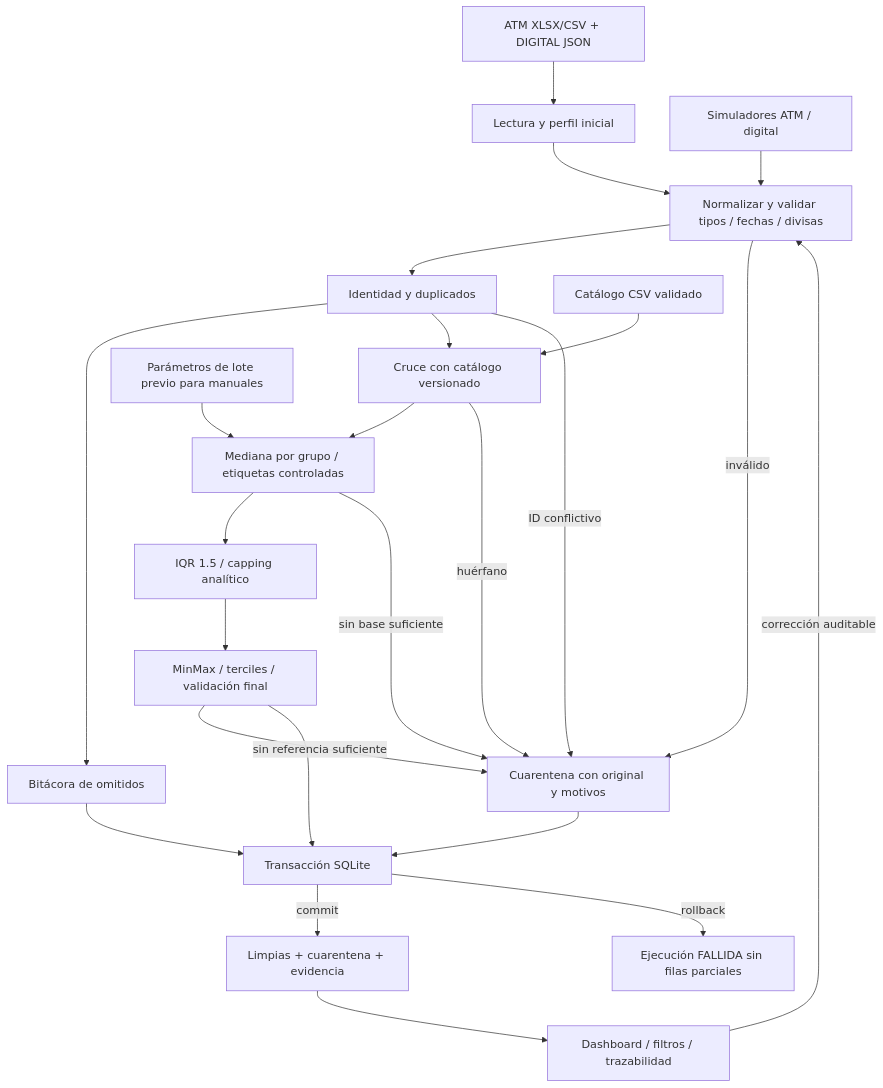
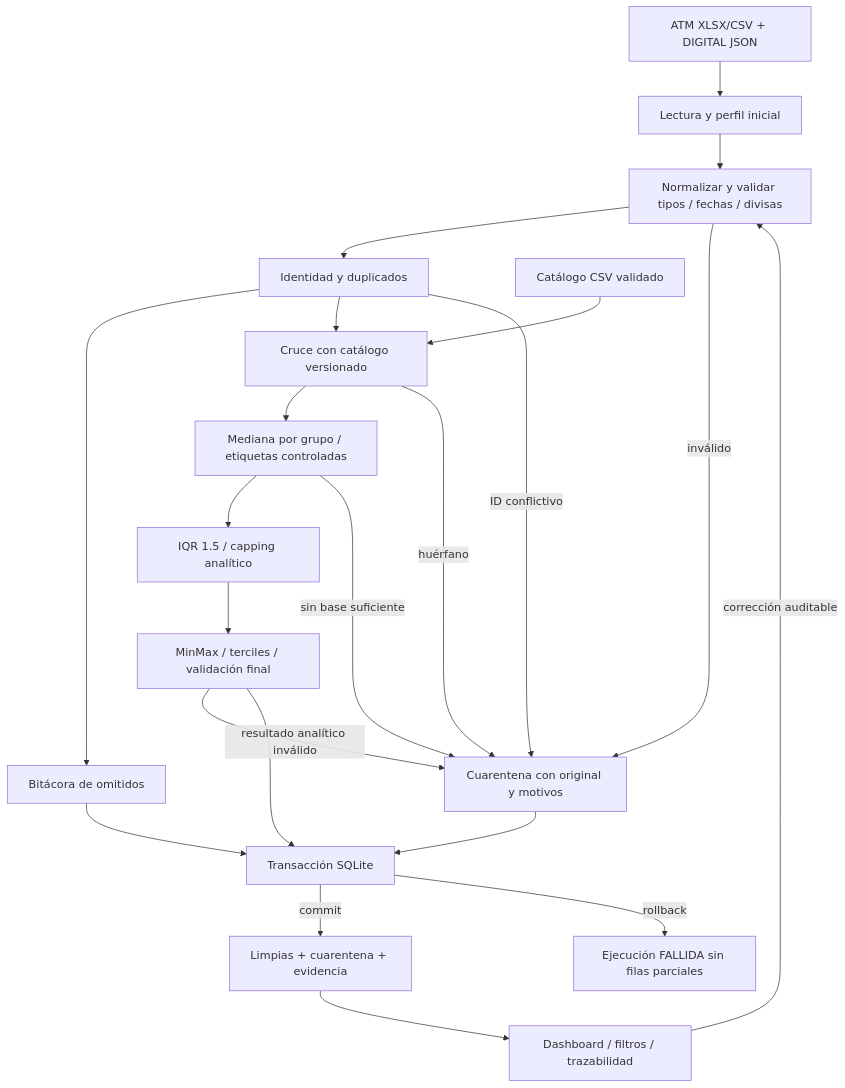
Before and after one commit to Av1l1X/Pipeline_Banco: the diagram in docs/DIAGRAMA.md, drawn with Mermaid. The commit also changed 47 other files, not shown here.

````diff
--- a/docs/DIAGRAMA.md
+++ b/docs/DIAGRAMA.md
@@ -3,26 +3,24 @@
 ```mermaid
 flowchart TD
     A[ATM XLSX/CSV + DIGITAL JSON] --> B[Lectura y perfil inicial]
-    M[Simuladores ATM / digital] --> C
     B --> C[Normalizar y validar tipos / fechas / divisas]
     C --> D[Identidad y duplicados]
     D --> O[Bitácora de omitidos]
     D --> E[Cruce con catálogo versionado]
     V[Catálogo CSV validado] --> E
     E --> F[Mediana por grupo / etiquetas controladas]
-    R[Parámetros de lote previo para manuales] --> F
     F --> G[IQR 1.5 / capping analítico]
     G --> H[MinMax / terciles / validación final]
     C -->|inválido| Q[Cuarentena con original y motivos]
     D -->|ID conflictivo| Q
     E -->|huérfano| Q
     F -->|sin base suficiente| Q
-    H -->|sin referencia suficiente| Q
+    H -->|resultado analítico inválido| Q
     H --> T[Transacción SQLite]
     Q --> T
     O --> T
     T -->|commit| L[Limpias + cuarentena + evidencia]
     T -->|rollback| X[Ejecución FALLIDA sin filas parciales]
     L --> U[Dashboard / filtros / trazabilidad]
     U -->|corrección auditable| C
 ```
````
